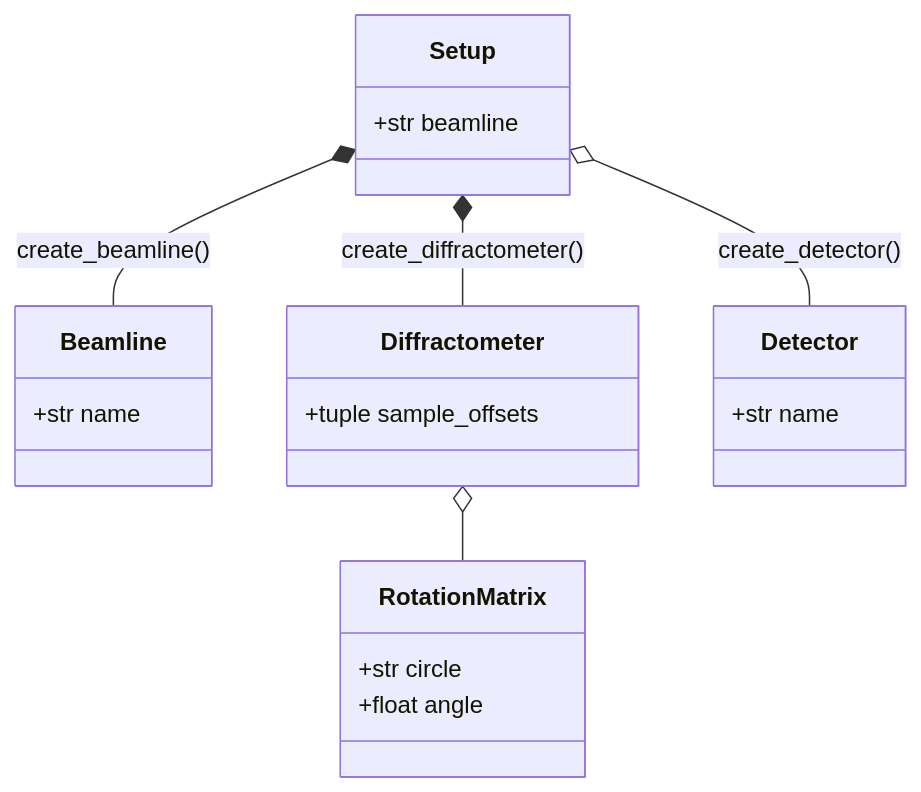
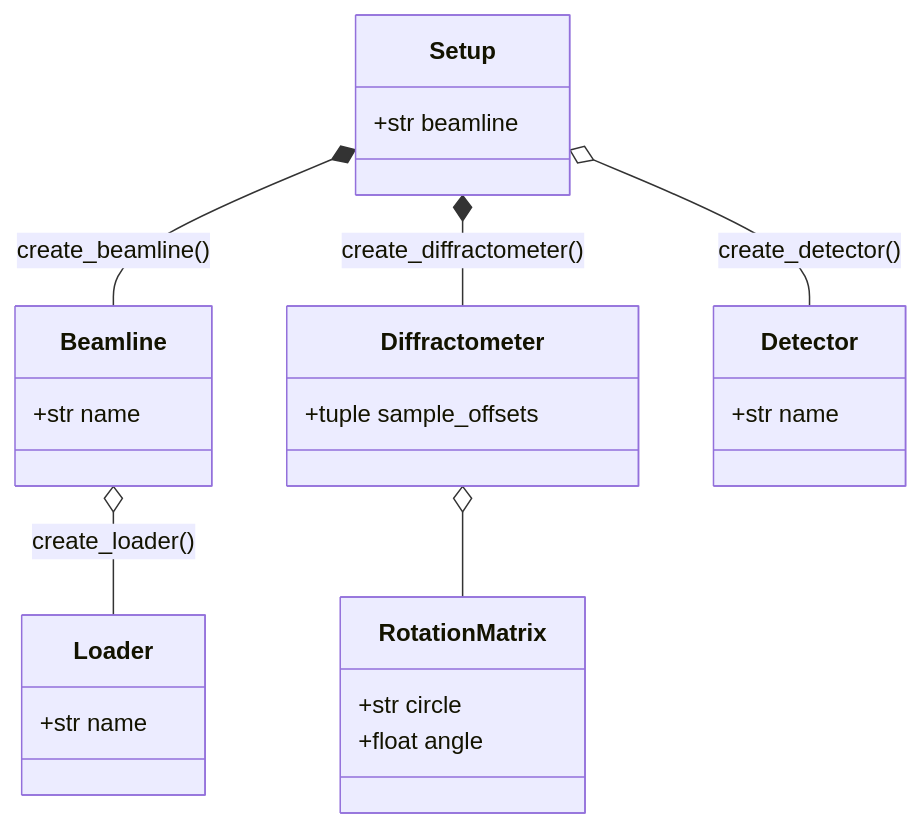
The first of 5 diagrams in doc/modules/experiment/index.rst (carnisj/bcdi), drawn with Mermaid before and after one commit. The commit also changed other lines of this file and 3 other files, not shown here.

First line of the commit message:
move Beamline.create_logfile to a separate class Loader

```diff
--- a/doc/modules/experiment/index.rst
+++ b/doc/modules/experiment/index.rst
@@ -18,24 +18,28 @@
 .. mermaid::
   :align: center
 
   classDiagram
     class Setup{
       +str beamline
   }
     class Beamline{
+      +str name
+  }
+    class Loader{
       +str name
   }
     class Diffractometer{
       +tuple sample_offsets
   }
     class Detector{
       +str name
   }
     class RotationMatrix{
       +str circle
       +float angle
   }
     Setup *-- Beamline : create_beamline()
     Setup *-- Diffractometer : create_diffractometer()
     Setup o-- Detector : create_detector()
+    Beamline o-- Loader : create_loader()
     Diffractometer o-- RotationMatrix
```
